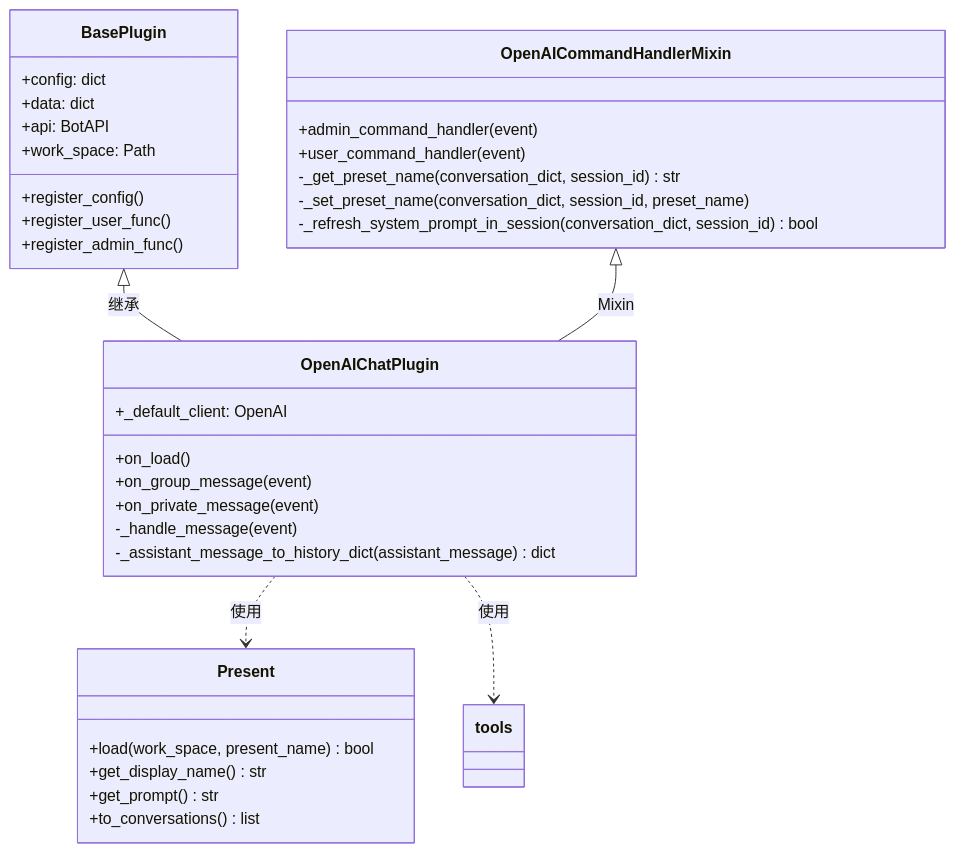
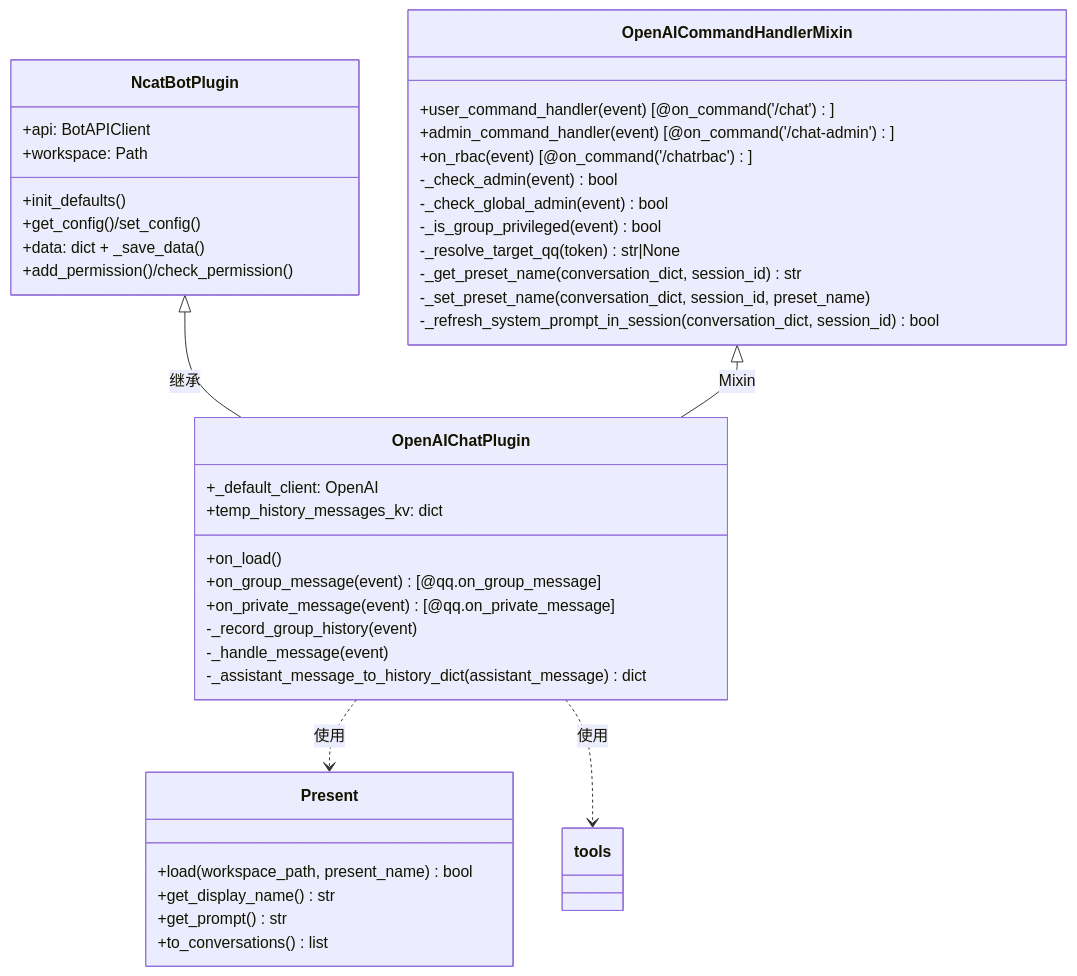
One commit to Yang-qwq/openai_chat_plugin changed the third of 3 diagrams in AGENTS.md. Above: the diagram before and after it, drawn with Mermaid. The commit also changed other lines of this file and 13 other files, not shown here.

````diff
--- a/AGENTS.md
+++ b/AGENTS.md
@@ -66,41 +70,47 @@
 ```mermaid
 classDiagram
-    class BasePlugin {
-        +register_config()
-        +register_user_func()
-        +register_admin_func()
-        +config: dict
-        +data: dict
-        +api: BotAPI
-        +work_space: Path
+    class NcatBotPlugin {
+        +init_defaults()
+        +get_config()/set_config()
+        +data: dict + _save_data()
+        +api: BotAPIClient
+        +workspace: Path
+        +add_permission()/check_permission()
     }
 
     class OpenAICommandHandlerMixin {
-        +admin_command_handler(event)
-        +user_command_handler(event)
+        +user_command_handler(event) [@on_command('/chat')]
+        +admin_command_handler(event) [@on_command('/chat-admin')]
+        +on_rbac(event) [@on_command('/chatrbac')]
+        -_check_admin(event) bool
+        -_check_global_admin(event) bool
+        -_is_group_privileged(event) bool
+        -_resolve_target_qq(token) str|None
         -_get_preset_name(conversation_dict, session_id) str
         -_set_preset_name(conversation_dict, session_id, preset_name)
         -_refresh_system_prompt_in_session(conversation_dict, session_id) bool
     }
 
     class OpenAIChatPlugin {
         +_default_client: OpenAI
+        +temp_history_messages_kv: dict
         +on_load()
-        +on_group_message(event)
-        +on_private_message(event)
+        +on_group_message(event) [@qq.on_group_message]
+        +on_private_message(event) [@qq.on_private_message]
+        -_record_group_history(event)
         -_handle_message(event)
         -_assistant_message_to_history_dict(assistant_message) dict
     }
 
     class Present {
-        +load(work_space, present_name) bool
+        +load(workspace_path, present_name) bool
         +get_display_name() str
         +get_prompt() str
         +to_conversations() list
     }
 
-    BasePlugin <|-- OpenAIChatPlugin : 继承
+    NcatBotPlugin <|-- OpenAIChatPlugin : 继承
     OpenAICommandHandlerMixin <|-- OpenAIChatPlugin : Mixin
     OpenAIChatPlugin ..> Present : 使用
     OpenAIChatPlugin ..> tools : 使用
 ```
````
